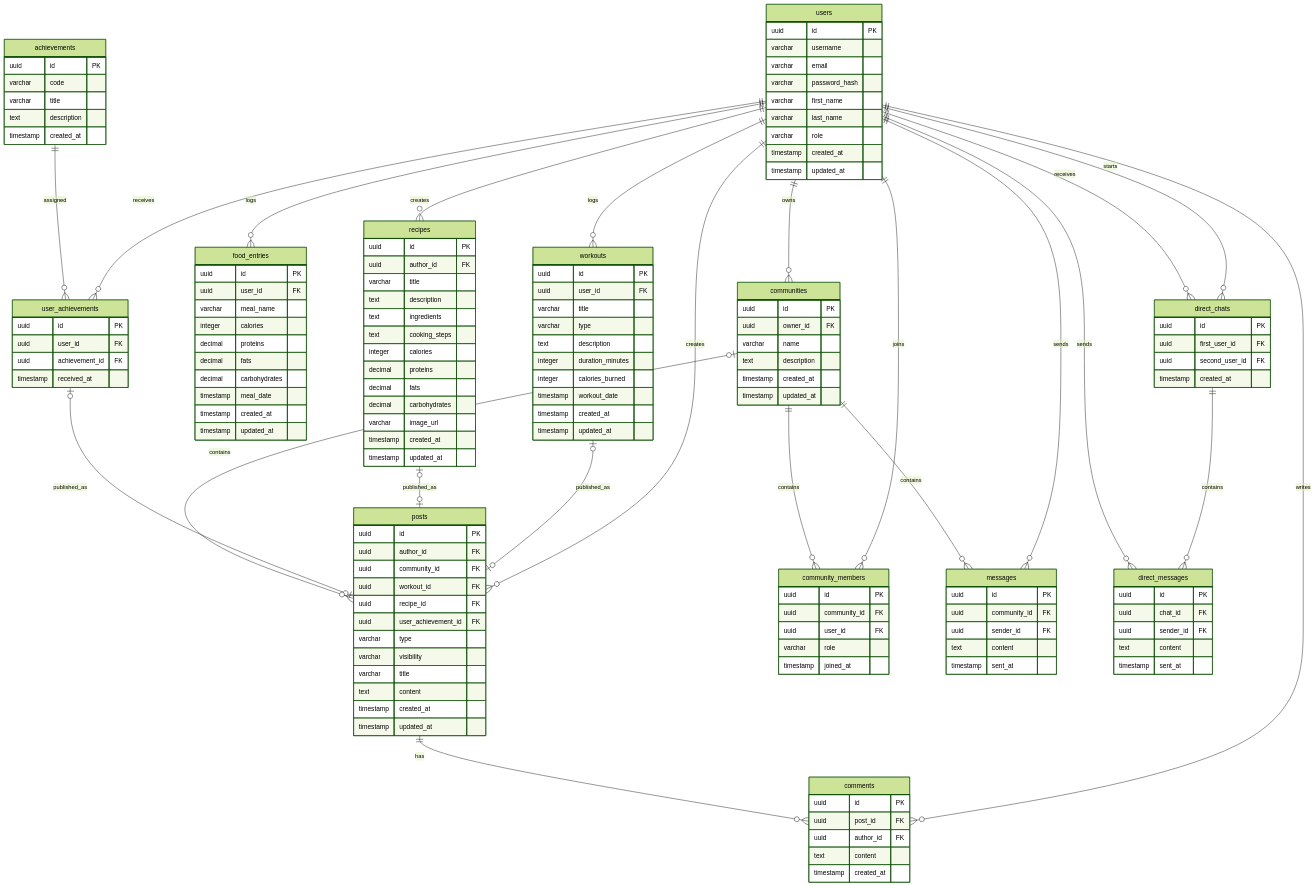
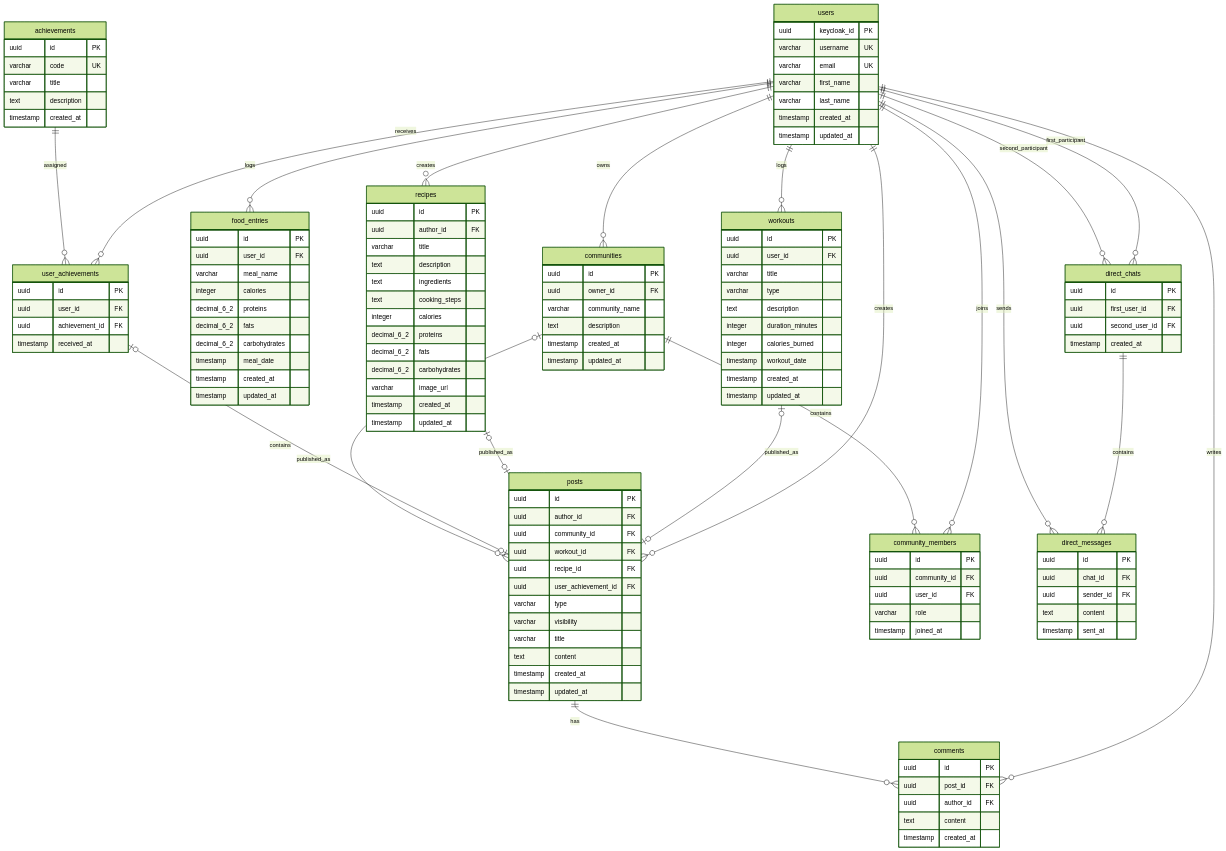
Before and after one commit to Boogyy/T-Health: the diagram in docs/er-diagram.md, drawn with Mermaid (forest theme). The commit also changed other lines of this file and 2 other files, not shown here.

Commit message:
docs: update TS and ER-diagram

````diff
--- a/docs/er-diagram.md
+++ b/docs/er-diagram.md
@@ -55,7 +55,6 @@
     users ||--o{ user_achievements : receives
     users ||--o{ communities : owns
     users ||--o{ community_members : joins
-    users ||--o{ messages : sends
 
     posts ||--o{ comments : has
     
@@ -67,23 +66,18 @@
 
     communities ||--o{ community_members : contains
     communities |o--o{ posts : contains
-
-
-    communities ||--o{ messages : contains
     
-    users ||--o{ direct_chats : starts
-    users ||--o{ direct_chats : receives
+    users ||--o{ direct_chats : first_participant
+    users ||--o{ direct_chats : second_participant
     direct_chats ||--o{ direct_messages : contains
     users ||--o{ direct_messages : sends
 
     users {
-        uuid id PK
-        varchar username
-        varchar email
-        varchar password_hash
+        uuid keycloak_id PK
+        varchar username UK
+        varchar email UK
         varchar first_name
         varchar last_name
-        varchar role
         timestamp created_at
         timestamp updated_at
     }
@@ -129,9 +123,9 @@
         uuid user_id FK
         varchar meal_name
         integer calories
-        decimal proteins
-        decimal fats
-        decimal carbohydrates
+        decimal_6_2 proteins
+        decimal_6_2 fats
+        decimal_6_2 carbohydrates
         timestamp meal_date
         timestamp created_at
         timestamp updated_at
@@ -145,9 +139,9 @@
         text ingredients
         text cooking_steps
         integer calories
-        decimal proteins
-        decimal fats
-        decimal carbohydrates
+        decimal_6_2 proteins
+        decimal_6_2 fats
+        decimal_6_2 carbohydrates
         varchar image_url
         timestamp created_at
         timestamp updated_at
@@ -155,7 +149,7 @@
 
     achievements {
         uuid id PK
-        varchar code
+        varchar code UK
         varchar title
         text description
         timestamp created_at
@@ -171,7 +165,7 @@
     communities {
         uuid id PK
         uuid owner_id FK
-        varchar name
+        varchar community_name
         text description
         timestamp created_at
         timestamp updated_at
@@ -199,12 +193,4 @@
         text content
         timestamp sent_at
     }
-
-    messages {
-        uuid id PK
-        uuid community_id FK
-        uuid sender_id FK
-        text content
-        timestamp sent_at
-    }
 ```
````
